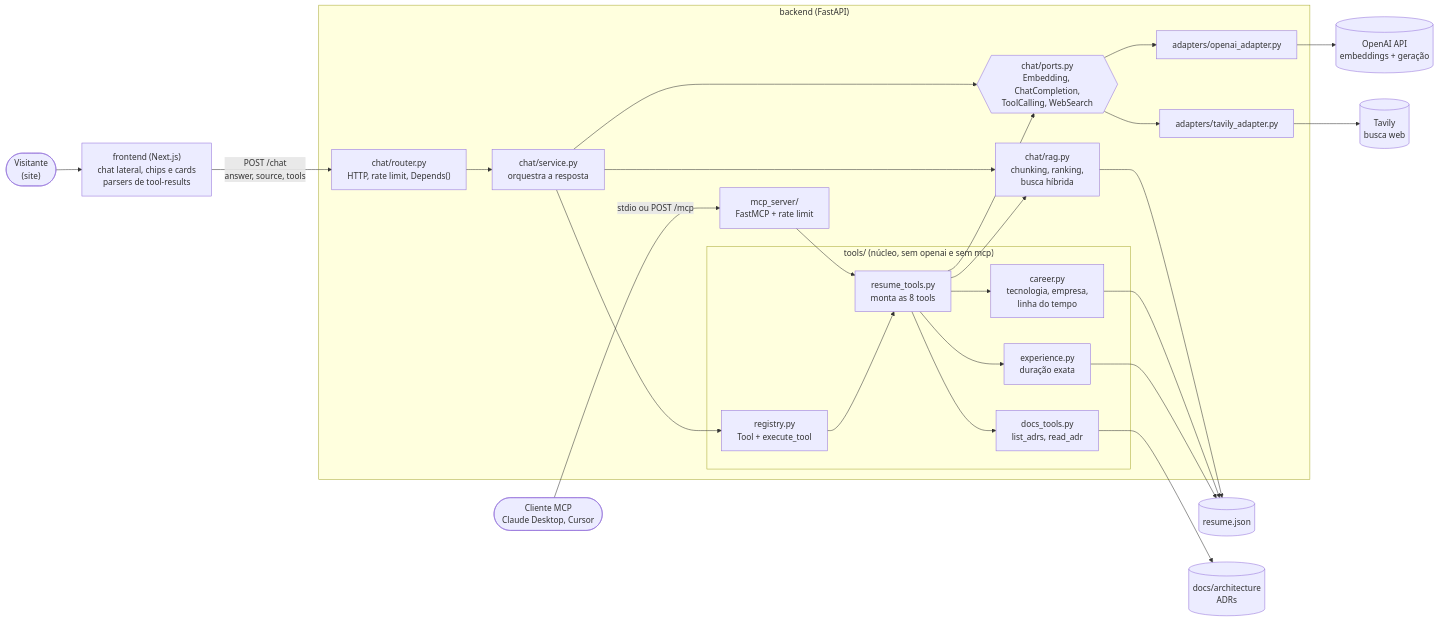
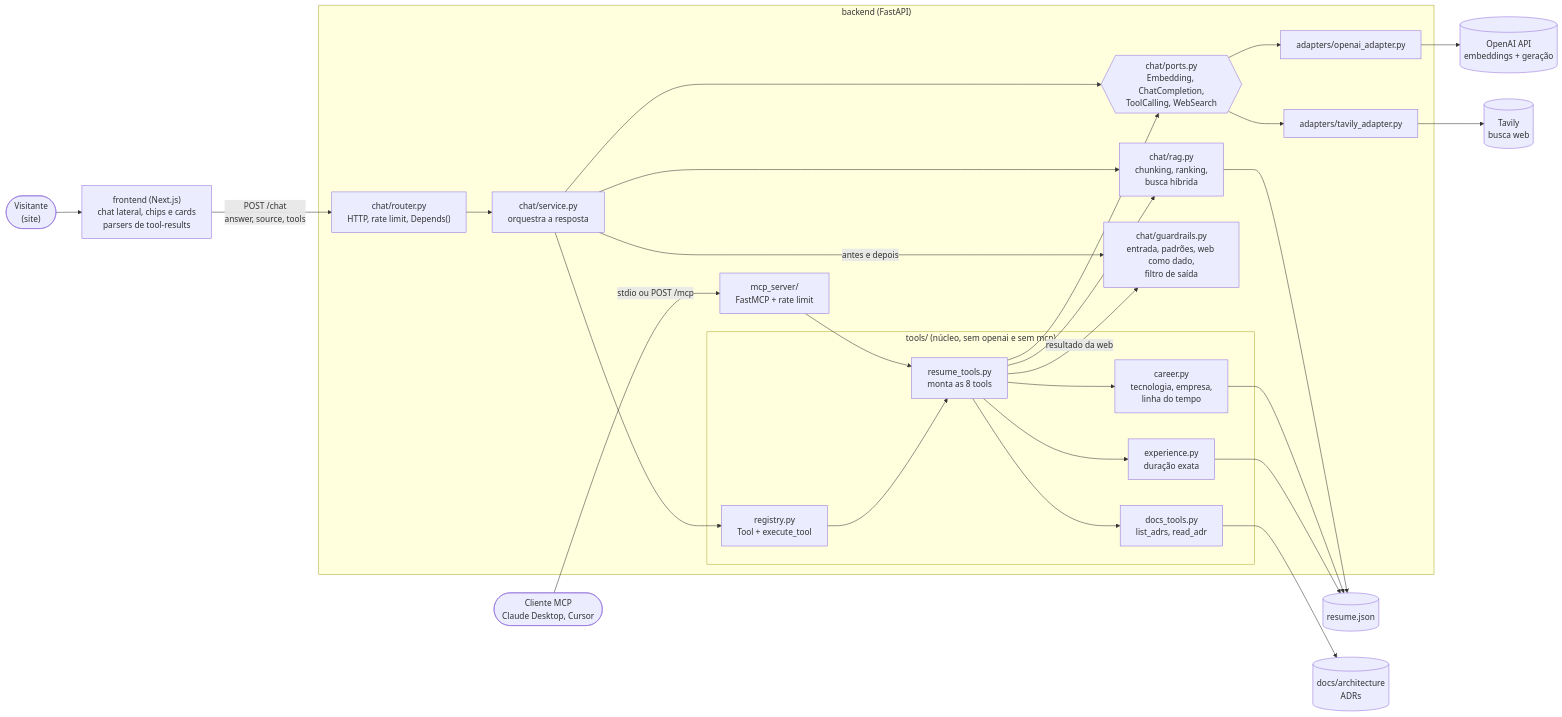
The first of 2 diagrams in docs/architecture/C4-002-componentes-backend-tools-mcp.md (lucaspalharesbarbosa/curriculo-online-ia), drawn with Mermaid before and after one commit. The commit also changed other lines of this file and 7 other files, not shown here.

````diff
--- a/docs/architecture/C4-002-componentes-backend-tools-mcp.md
+++ b/docs/architecture/C4-002-componentes-backend-tools-mcp.md
@@ -7,46 +7,49 @@
 ```mermaid
 flowchart LR
     V(["Visitante<br/>(site)"]) --> FE
     FE["frontend (Next.js)<br/>chat lateral, chips e cards<br/>parsers de tool-results"] -->|POST /chat<br/>answer, source, tools| ROUTER
     MC(["Cliente MCP<br/>Claude Desktop, Cursor"]) -->|stdio ou POST /mcp| MCPS
 
     subgraph BACKEND["backend (FastAPI)"]
         ROUTER["chat/router.py<br/>HTTP, rate limit, Depends()"]
         SERVICE["chat/service.py<br/>orquestra a resposta"]
         RAG["chat/rag.py<br/>chunking, ranking,<br/>busca híbrida"]
+        GUARD["chat/guardrails.py<br/>entrada, padrões, web como dado,<br/>filtro de saída"]
         MCPS["mcp_server/<br/>FastMCP + rate limit"]
 
         subgraph CORE["tools/ (núcleo, sem openai e sem mcp)"]
             REG["registry.py<br/>Tool + execute_tool"]
             RT["resume_tools.py<br/>monta as 8 tools"]
             EXP["experience.py<br/>duração exata"]
             CAR["career.py<br/>tecnologia, empresa,<br/>linha do tempo"]
             DOC["docs_tools.py<br/>list_adrs, read_adr"]
         end
 
         PORTS{{"chat/ports.py<br/>Embedding, ChatCompletion,<br/>ToolCalling, WebSearch"}}
         OAI["adapters/openai_adapter.py"]
         TAV["adapters/tavily_adapter.py"]
     end
 
     ROUTER --> SERVICE
+    SERVICE -->|antes e depois| GUARD
+    RT -->|resultado da web| GUARD
     SERVICE --> RAG
     SERVICE --> REG
     SERVICE --> PORTS
     MCPS --> RT
     REG --> RT
     RT --> EXP
     RT --> CAR
     RT --> DOC
     RT --> RAG
     RT --> PORTS
     PORTS --> OAI
     PORTS --> TAV
 
     OAI --> LLM[("OpenAI API<br/>embeddings + geração")]
     TAV --> WEB[("Tavily<br/>busca web")]
     RAG --> JSON[("resume.json")]
     CAR --> JSON
     EXP --> JSON
     DOC --> ADRS[("docs/architecture<br/>ADRs")]
 ```
````
